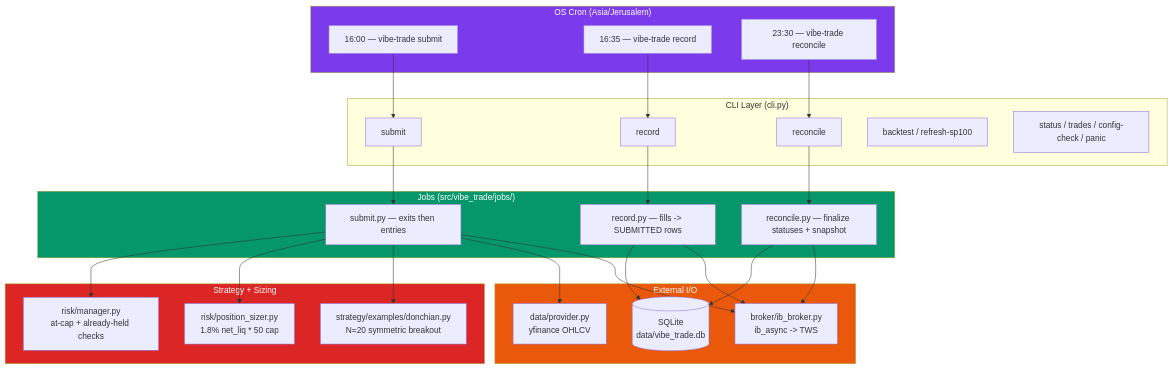
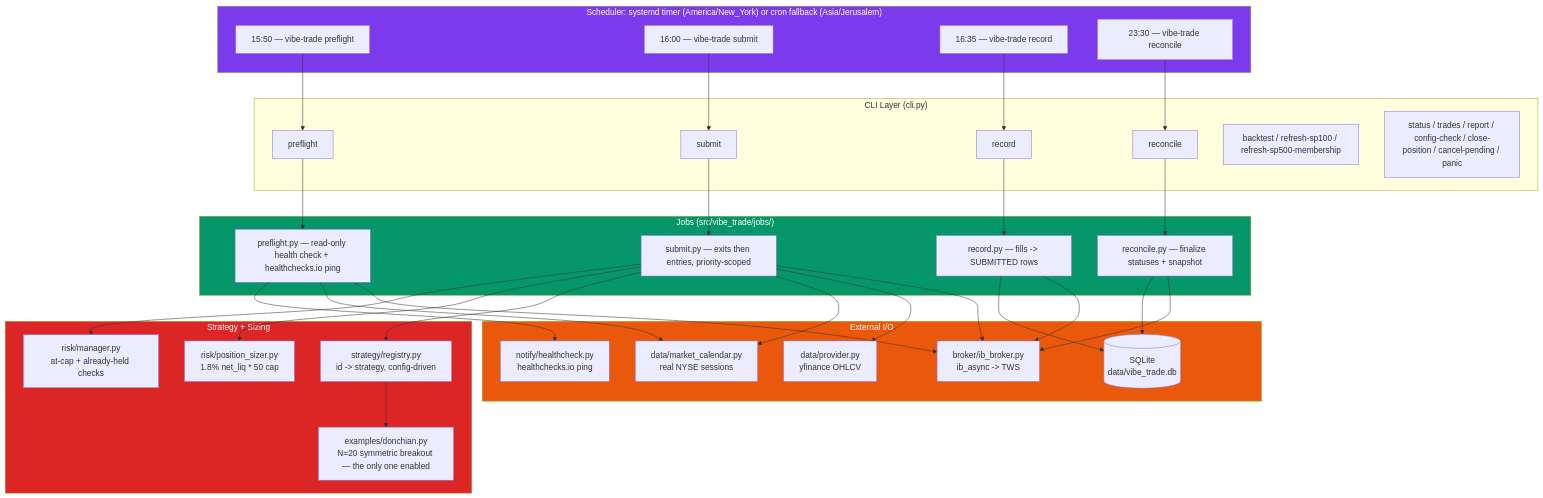
One commit to blackjek23/vibe_trade changed the first of 4 diagrams in PROJECT_MAP.md. Above: the diagram before and after it, drawn with Mermaid. The commit also changed other lines of this file and 12 other files, not shown here.

````diff
--- a/PROJECT_MAP.md
+++ b/PROJECT_MAP.md
@@ -13,55 +13,67 @@
 ```mermaid
 flowchart TD
-    subgraph Cron["OS Cron (Asia/Jerusalem)"]
+    subgraph Cron["Scheduler: systemd timer (America/New_York) or cron fallback (Asia/Jerusalem)"]
+        CRON_P["15:50 — vibe-trade preflight"]
         CRON_S["16:00 — vibe-trade submit"]
         CRON_R["16:35 — vibe-trade record"]
         CRON_X["23:30 — vibe-trade reconcile"]
     end
 
     subgraph CLI["CLI Layer (cli.py)"]
+        PRE_CMD["preflight"]
         SUB_CMD["submit"]
         REC_CMD["record"]
         RCN_CMD["reconcile"]
-        BT_CMD["backtest / refresh-sp100"]
-        UTIL_CMD["status / trades / config-check / panic"]
+        BT_CMD["backtest / refresh-sp100 / refresh-sp500-membership"]
+        UTIL_CMD["status / trades / report / config-check / close-position / cancel-pending / panic"]
     end
 
     subgraph Jobs["Jobs (src/vibe_trade/jobs/)"]
-        SUB["submit.py — exits then entries"]
+        PRE["preflight.py — read-only health check + healthchecks.io ping"]
+        SUB["submit.py — exits then entries, priority-scoped"]
         REC["record.py — fills -> SUBMITTED rows"]
         RCN["reconcile.py — finalize statuses + snapshot"]
     end
 
     subgraph Brain["Strategy + Sizing"]
-        DON["strategy/examples/donchian.py\nN=20 symmetric breakout"]
+        REG["strategy/registry.py\nid -> strategy, config-driven"]
+        DON["examples/donchian.py\nN=20 symmetric breakout — the only one enabled"]
         SIZE["risk/position_sizer.py\n1.8% net_liq * 50 cap"]
         RM["risk/manager.py\nat-cap + already-held checks"]
     end
 
     subgraph IO["External I/O"]
         IB["broker/ib_broker.py\nib_async -> TWS"]
         YF["data/provider.py\nyfinance OHLCV"]
+        CAL["data/market_calendar.py\nreal NYSE sessions"]
         DB[("SQLite\ndata/vibe_trade.db")]
+        HC["notify/healthcheck.py\nhealthchecks.io ping"]
     end
 
+    CRON_P --> PRE_CMD --> PRE
     CRON_S --> SUB_CMD --> SUB
     CRON_R --> REC_CMD --> REC
     CRON_X --> RCN_CMD --> RCN
 
+    PRE --> IB
+    PRE --> CAL
+    PRE --> HC
+
     SUB --> IB
     SUB --> YF
-    SUB --> DON
+    SUB --> CAL
+    SUB --> REG --> DON
     SUB --> SIZE
     SUB --> RM
 
     REC --> IB
     REC --> DB
 
     RCN --> IB
     RCN --> DB
 
     style Cron fill:#7c3aed,color:#fff
     style Jobs fill:#059669,color:#fff
     style Brain fill:#dc2626,color:#fff
     style IO fill:#ea580c,color:#fff
 ```
````
